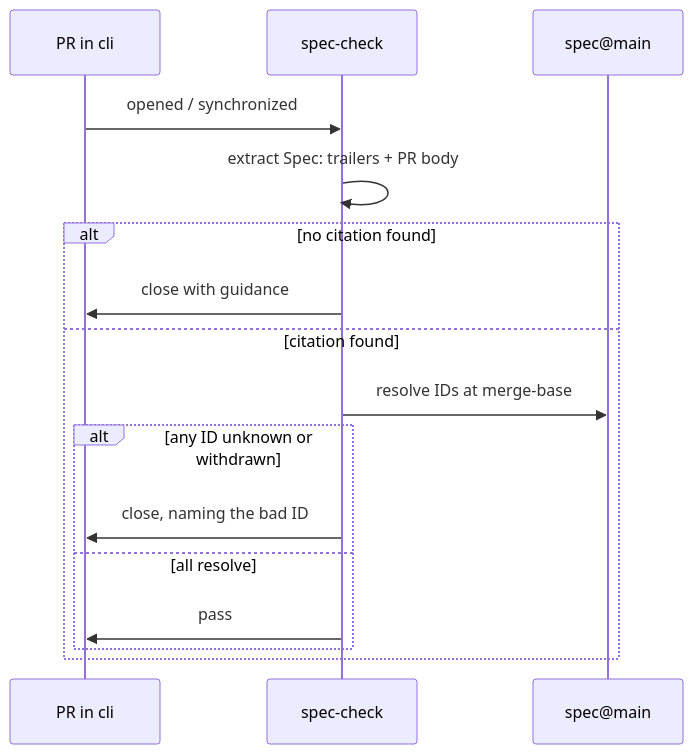
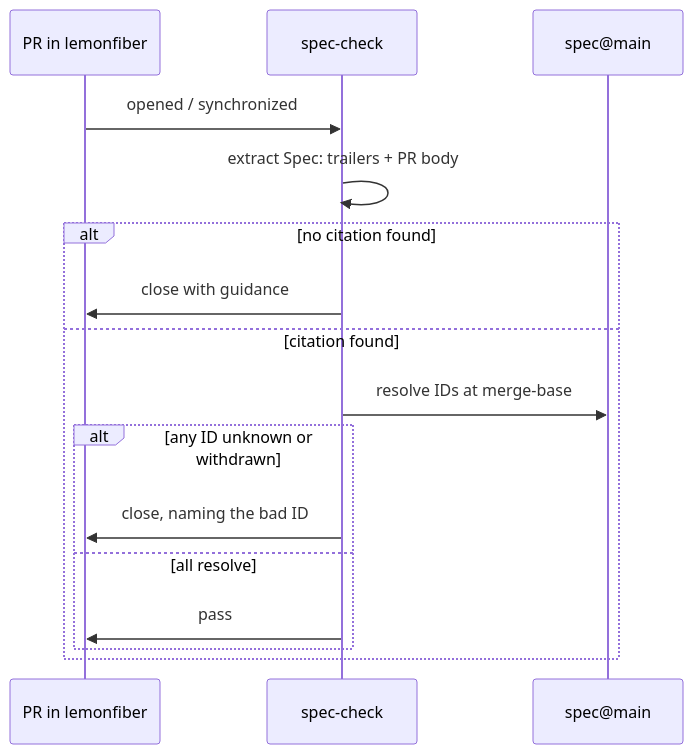
One commit to lemonfiber/spec changed the diagram in 50-governance/cross-repo-ci.md. Above: the diagram before and after it, drawn with Mermaid. The commit also changed other lines of this file and 28 other files, not shown here.

First line of the commit message:
Rename the cli repo to lemonfiber (the namesake app)

````diff
--- a/50-governance/cross-repo-ci.md
+++ b/50-governance/cross-repo-ci.md
@@ -15,19 +15,19 @@
 ```mermaid
 sequenceDiagram
-    participant PR as PR in cli
+    participant PR as PR in lemonfiber
     participant Bot as spec-check
     participant Spec as spec@main
 
     PR->>Bot: opened / synchronized
     Bot->>Bot: extract Spec: trailers + PR body
     alt no citation found
         Bot->>PR: close with guidance
     else citation found
         Bot->>Spec: resolve IDs at merge-base
         alt any ID unknown or withdrawn
             Bot->>PR: close, naming the bad ID
         else all resolve
             Bot->>PR: pass
         end
     end
 ```
````
